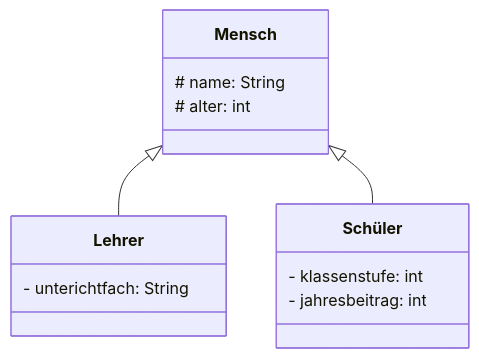
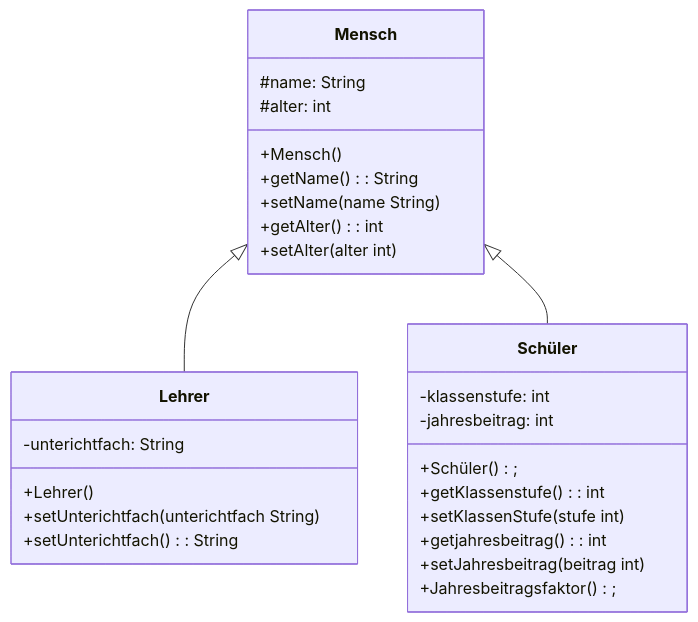
The diagram in src/de/gds2/pr1_x280_x290_Vererbung/Schulverwaltungssoftware/uml.md (GreenM4x/AdvPR1), drawn with Mermaid before and after one commit. The commit also changed other lines of this file and 5 other files, not shown here.

````diff
--- a/src/de/gds2/pr1_x280_x290_Vererbung/Schulverwaltungssoftware/uml.md
+++ b/src/de/gds2/pr1_x280_x290_Vererbung/Schulverwaltungssoftware/uml.md
@@ -1,21 +3,37 @@
 ```mermaid
     classDiagram
     
+    
     class Mensch {
-    # name: String
-    # alter: int
+    #name: String
+    #alter: int
+    +Mensch()
+    +getName(): String
+    +setName(name String)
+    +getAlter(): int
+    +setAlter(alter int)
     }
     
     class Lehrer {
-    - unterichtfach: String
+    -unterichtfach: String
+    +Lehrer()
+    +setUnterichtfach(unterichtfach String)
+    +setUnterichtfach(): String
     
     }
     
     class Schüler {
-    - klassenstufe: int
-    - jahresbeitrag: int
+    -klassenstufe: int
+    -jahresbeitrag: int
+    +Schüler();
+    +getKlassenstufe(): int
+    +setKlassenStufe(stufe int)
+    +getjahresbeitrag(): int
+    +setJahresbeitrag(beitrag int)
+    +Jahresbeitragsfaktor();
     }
     
     Mensch <|-- Lehrer
     Mensch <|-- Schüler
+    
 ```
````
